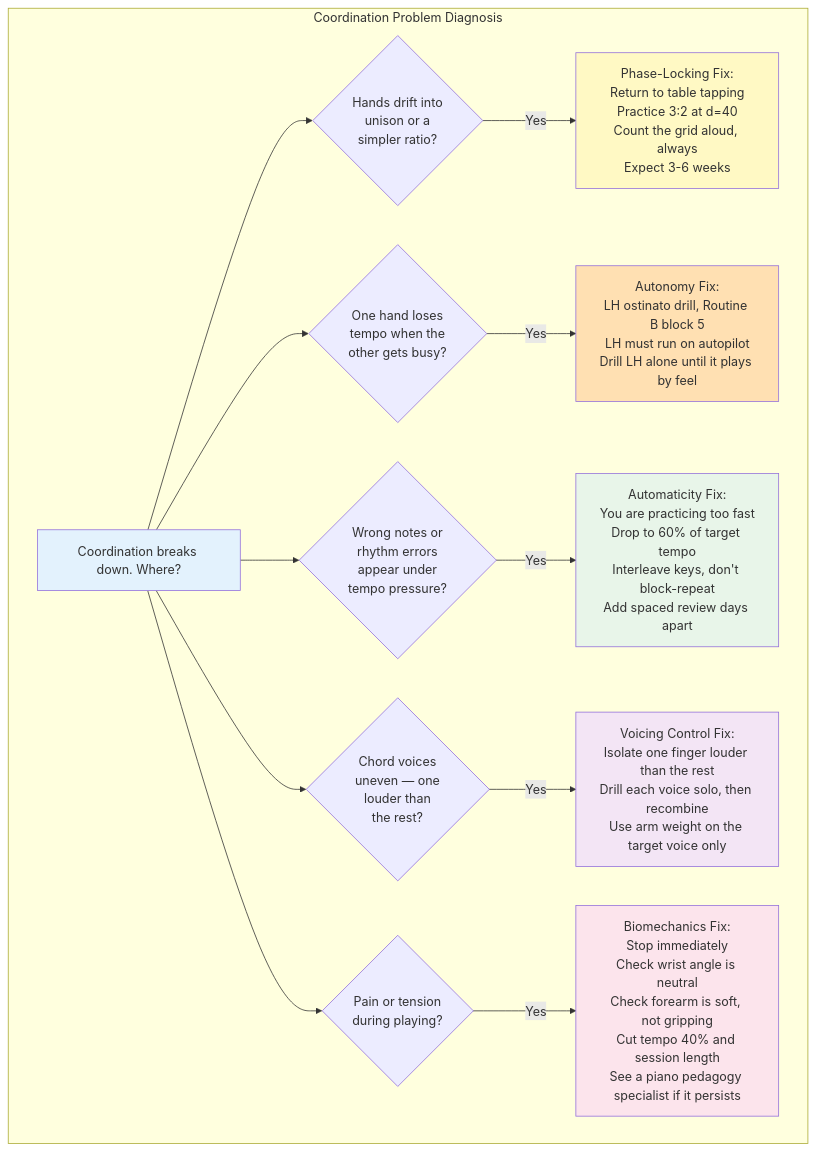
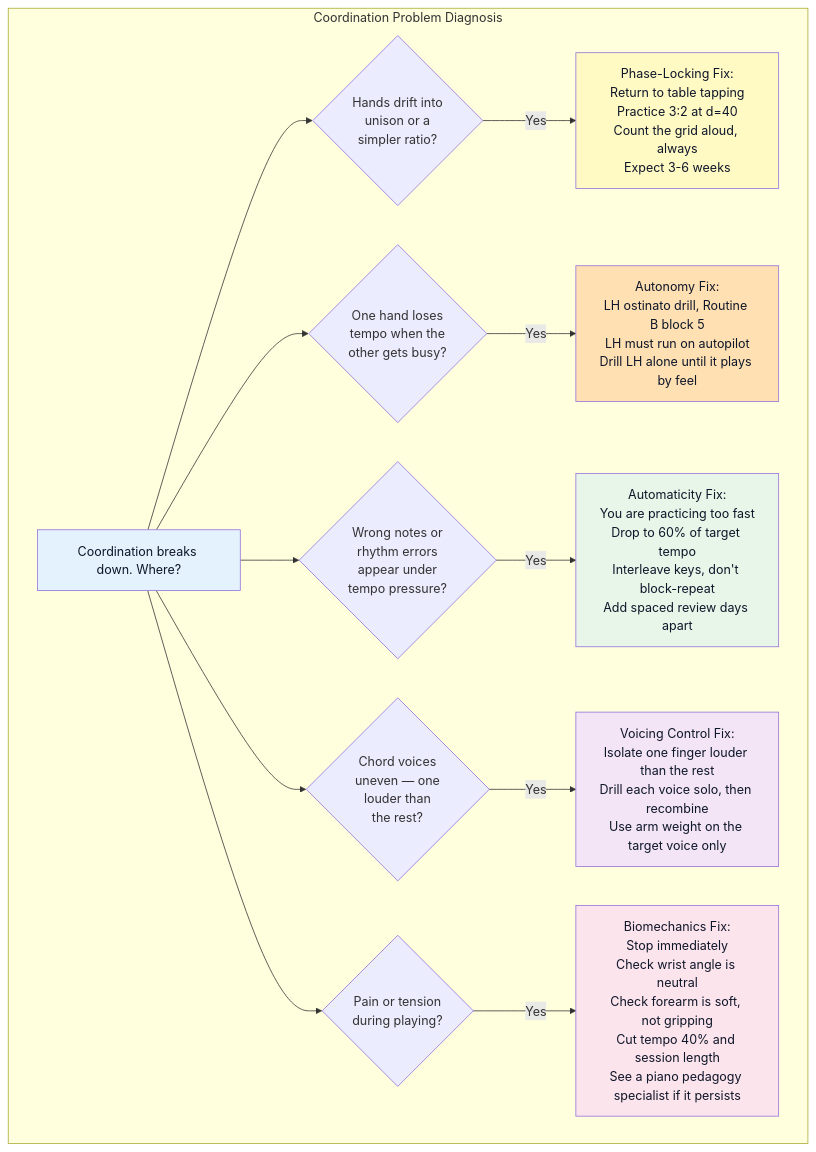
One commit to blebleblee/synapse changed the fifth of 5 diagrams in topics/arts/music_performance/piano/lesson_04_two_handed_rhythmic_independence.md. Above: the diagram before and after it, drawn with Mermaid. The commit also changed other lines of this file and 1464 other files, not shown here.

Commit message:
feat(release): curriculum vector mermaid upgrade, render hardening, and master synpack

````diff
--- a/topics/arts/music_performance/piano/lesson_04_two_handed_rhythmic_independence.md
+++ b/topics/arts/music_performance/piano/lesson_04_two_handed_rhythmic_independence.md
@@ -612,37 +612,37 @@
 ```mermaid
 graph TD
     subgraph sub_diagnosis ["Coordination Problem Diagnosis"]
         START["Coordination breaks down. Where?"]
 
         Q1{"Hands drift into<br/>unison or a<br/>simpler ratio?"}
         Q2{"One hand loses<br/>tempo when the<br/>other gets busy?"}
         Q3{"Wrong notes or<br/>rhythm errors<br/>appear under<br/>tempo pressure?"}
         Q4{"Chord voices<br/>uneven — one<br/>louder than<br/>the rest?"}
         Q5{"Pain or tension<br/>during playing?"}
 
         FIX1["Phase-Locking Fix:<br/>Return to table tapping<br/>Practice 3:2 at d=40<br/>Count the grid aloud, always<br/>Expect 3-6 weeks"]
         FIX2["Autonomy Fix:<br/>LH ostinato drill, Routine B block 5<br/>LH must run on autopilot<br/>Drill LH alone until it plays by feel"]
         FIX3["Automaticity Fix:<br/>You are practicing too fast<br/>Drop to 60% of target tempo<br/>Interleave keys, don't block-repeat<br/>Add spaced review days apart"]
         FIX4["Voicing Control Fix:<br/>Isolate one finger louder than the rest<br/>Drill each voice solo, then recombine<br/>Use arm weight on the target voice only"]
         FIX5["Biomechanics Fix:<br/>Stop immediately<br/>Check wrist angle is neutral<br/>Check forearm is soft, not gripping<br/>Cut tempo 40% and session length<br/>See a piano pedagogy specialist if it persists"]
     end
 
     START --> Q1
     START --> Q2
     START --> Q3
     START --> Q4
     START --> Q5
 
     Q1 -->|Yes| FIX1
     Q2 -->|Yes| FIX2
     Q3 -->|Yes| FIX3
     Q4 -->|Yes| FIX4
     Q5 -->|Yes| FIX5
 
-    style START fill:#e3f2fd
-    style FIX1 fill:#fff9c4
-    style FIX2 fill:#ffe0b2
-    style FIX3 fill:#e8f5e9
-    style FIX4 fill:#f3e5f5
-    style FIX5 fill:#fce4ec
+    style START fill:#e3f2fd,color:#0f172a
+    style FIX1 fill:#fff9c4,color:#0f172a
+    style FIX2 fill:#ffe0b2,color:#0f172a
+    style FIX3 fill:#e8f5e9,color:#0f172a
+    style FIX4 fill:#f3e5f5,color:#0f172a
+    style FIX5 fill:#fce4ec,color:#0f172a
 ```
````
